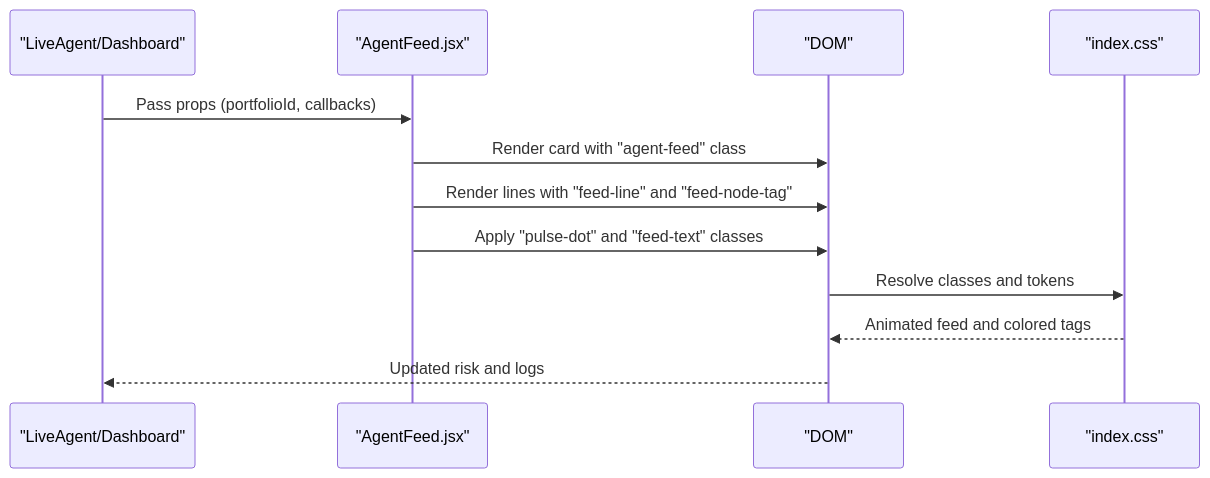
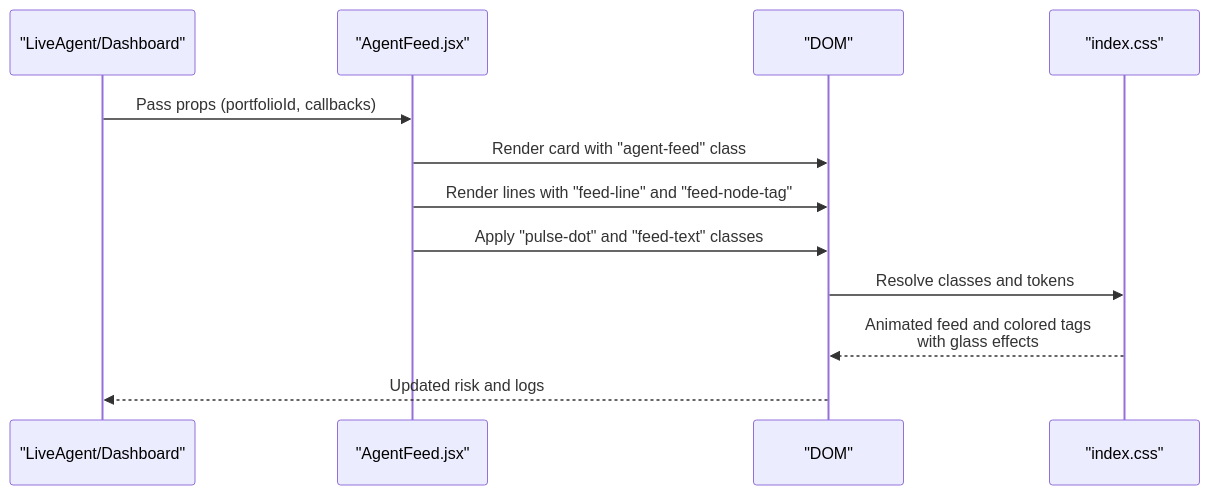
The eighth of 11 diagrams in .qoder/repowiki/en/content/Frontend Architecture/Styling Architecture.md (ishwarambare/ishwarambare-app), drawn with Mermaid before and after one commit. The commit also changed other lines of this file and 10 other files, not shown here.

````diff
--- a/.qoder/repowiki/en/content/Frontend Architecture/Styling Architecture.md
+++ b/.qoder/repowiki/en/content/Frontend Architecture/Styling Architecture.md
@@ -269,14 +333,14 @@
 ```mermaid
 sequenceDiagram
 participant P as "LiveAgent/Dashboard"
 participant AF as "AgentFeed.jsx"
 participant DOM as "DOM"
 participant CSS as "index.css"
 P->>AF : Pass props (portfolioId, callbacks)
 AF->>DOM : Render card with "agent-feed" class
 AF->>DOM : Render lines with "feed-line" and "feed-node-tag"
 AF->>DOM : Apply "pulse-dot" and "feed-text" classes
 DOM->>CSS : Resolve classes and tokens
-CSS-->>DOM : Animated feed and colored tags
+CSS-->>DOM : Animated feed and colored tags<br/>with glass effects
 DOM-->>P : Updated risk and logs
 ```
````
